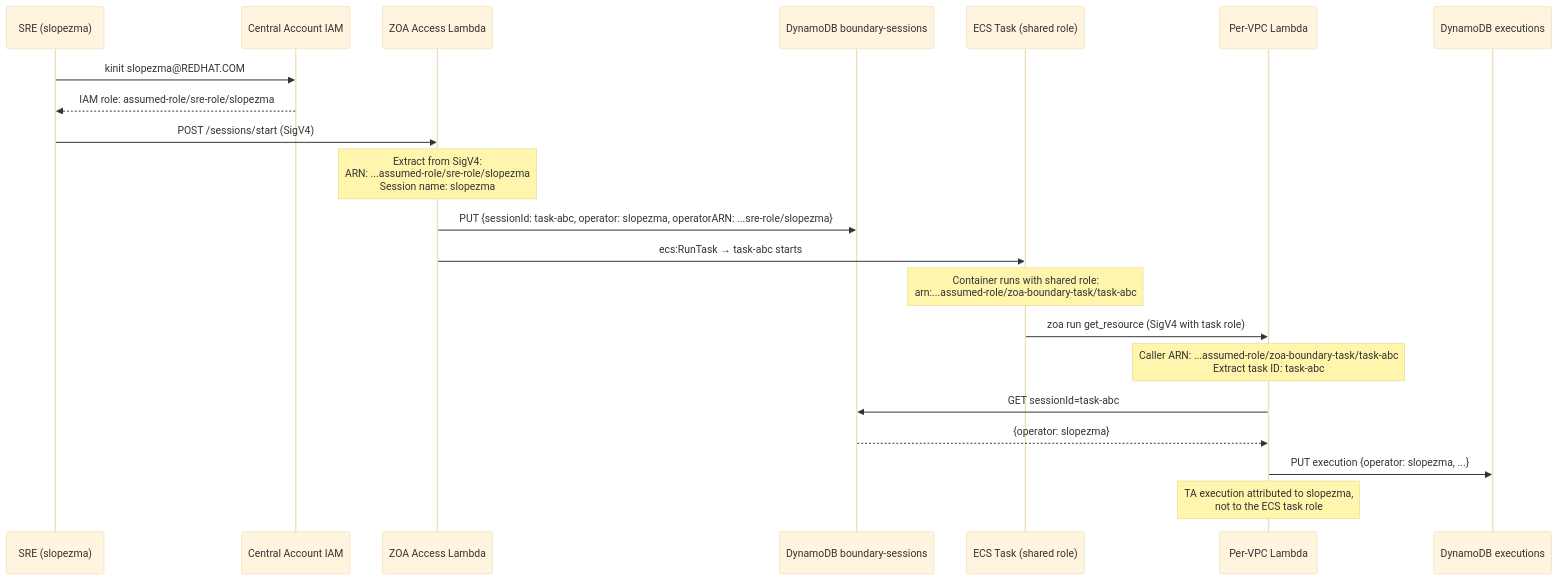
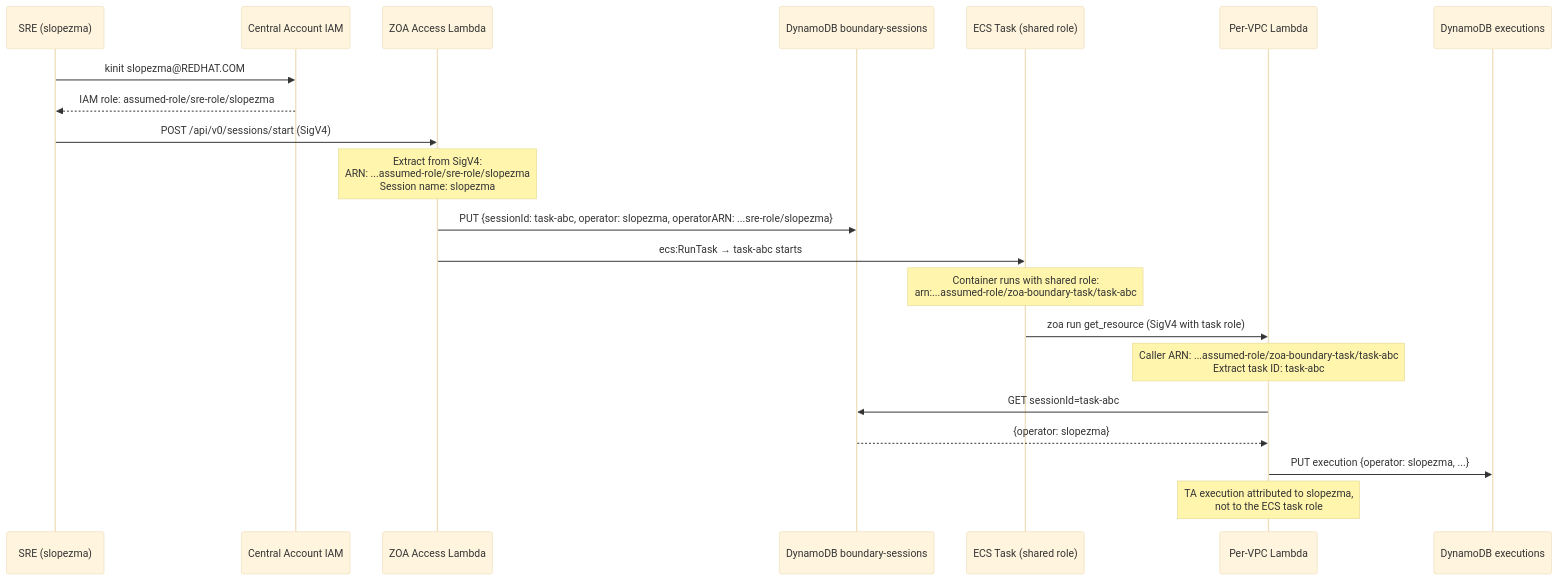
One commit to slopezz/rosa-hyperfleet-zoa changed the fourth of 7 diagrams in docs/design/zoa-boundary-epic-plan.md. Above: the diagram before and after it, drawn with Mermaid (base theme). The commit also changed other lines of this file and 13 other files, not shown here.

````diff
--- a/docs/design/zoa-boundary-epic-plan.md
+++ b/docs/design/zoa-boundary-epic-plan.md
@@ -139,27 +139,27 @@
 ```mermaid
 sequenceDiagram
     participant SRE as SRE (slopezma)
     participant JA as Central Account IAM
     participant AL as ZOA Access Lambda
     participant DDB as DynamoDB boundary-sessions
     participant ECS as ECS Task (shared role)
     participant VPCLambda as Per-VPC Lambda
     participant ExecDDB as DynamoDB executions
 
     SRE->>JA: kinit slopezma@REDHAT.COM
     JA-->>SRE: IAM role: assumed-role/sre-role/slopezma
 
-    SRE->>AL: POST /sessions/start (SigV4)
+    SRE->>AL: POST /api/v0/sessions/start (SigV4)
     Note over AL: Extract from SigV4:<br/>ARN: ...assumed-role/sre-role/slopezma<br/>Session name: slopezma
     AL->>DDB: PUT {sessionId: task-abc, operator: slopezma, operatorARN: ...sre-role/slopezma}
     AL->>ECS: ecs:RunTask → task-abc starts
 
     Note over ECS: Container runs with shared role:<br/>arn:...assumed-role/zoa-boundary-task/task-abc
 
     ECS->>VPCLambda: zoa run get_resource (SigV4 with task role)
     Note over VPCLambda: Caller ARN: ...assumed-role/zoa-boundary-task/task-abc<br/>Extract task ID: task-abc
     VPCLambda->>DDB: GET sessionId=task-abc
     DDB-->>VPCLambda: {operator: slopezma}
     VPCLambda->>ExecDDB: PUT execution {operator: slopezma, ...}
     Note over VPCLambda: TA execution attributed to slopezma,<br/>not to the ECS task role
 ```
````
